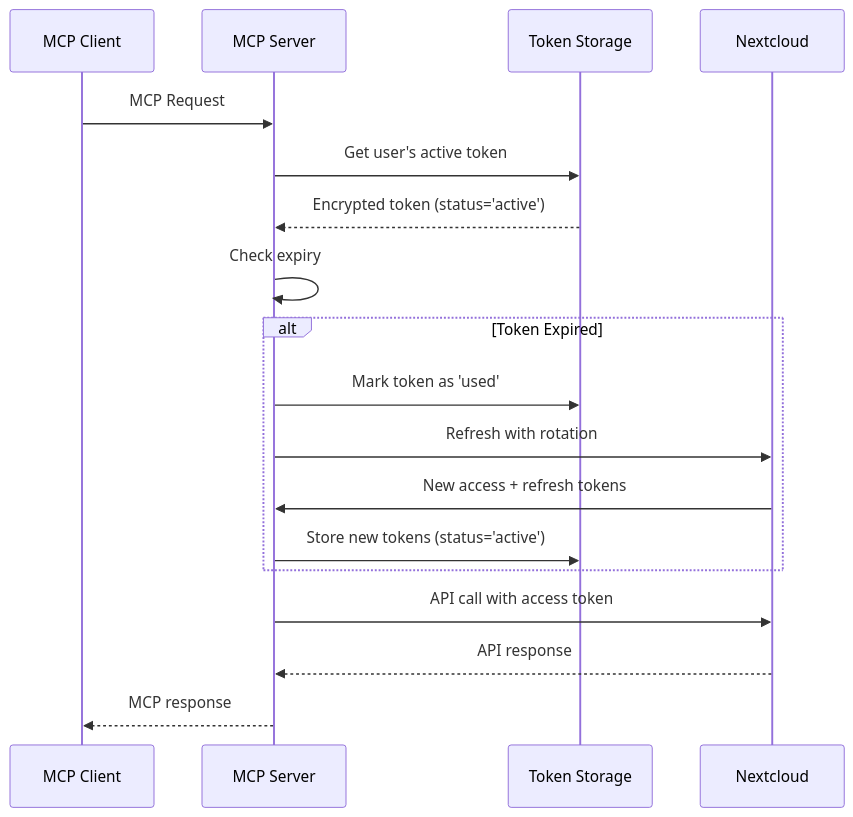
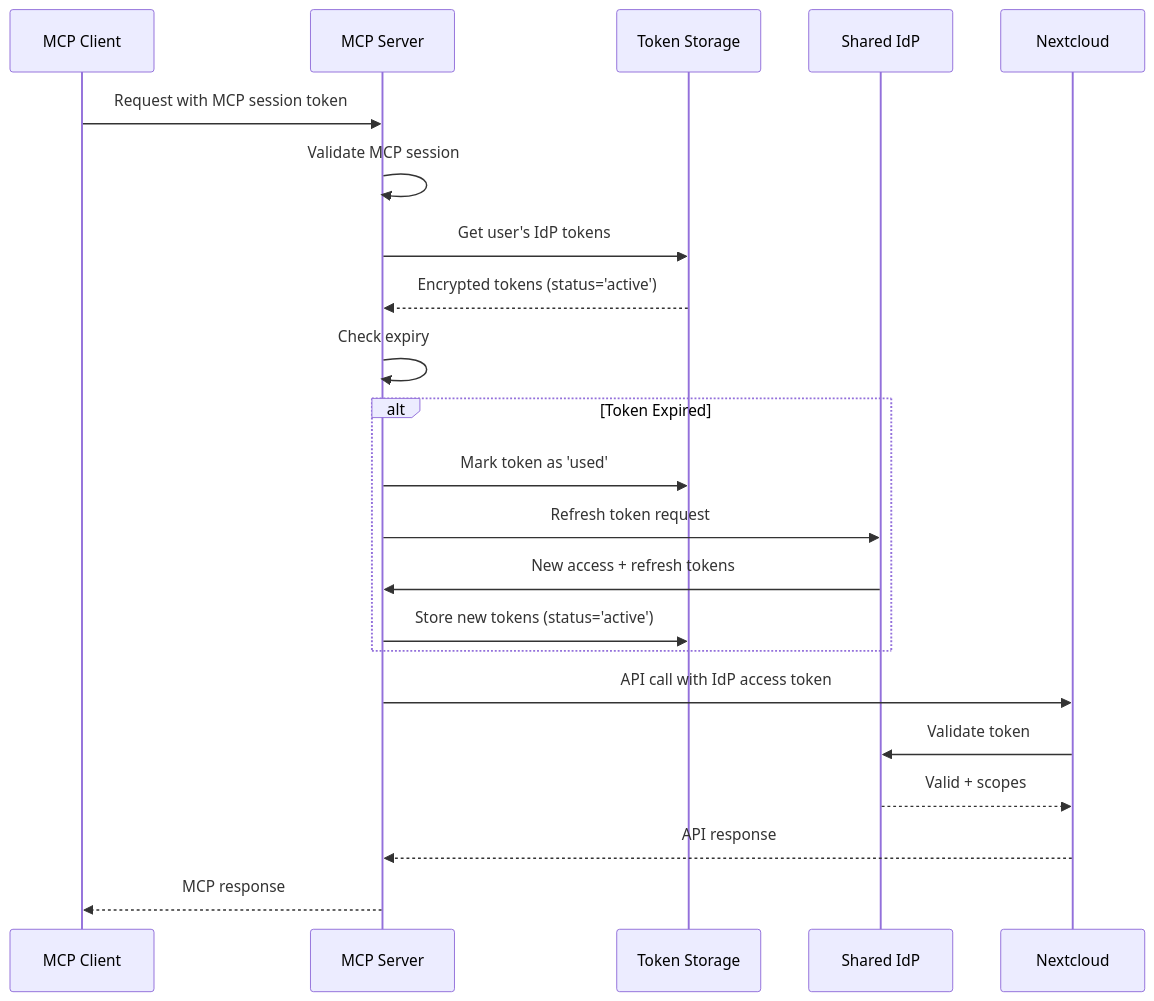
One commit to cbcoutinho/nextcloud-mcp-server changed the second of 3 diagrams in docs/ADR-004-mcp-application-oauth.md. Above: the diagram before and after it, drawn with Mermaid. The commit also changed other lines of this file and 1 other file, not shown here.

First line of the commit message:
docs: Rewrite ADR-004 for Federated Authentication Architecture

````diff
--- a/docs/ADR-004-mcp-application-oauth.md
+++ b/docs/ADR-004-mcp-application-oauth.md
@@ -98,23 +124,27 @@
 ```mermaid
 sequenceDiagram
     participant MCPClient as MCP Client
     participant MCPServer as MCP Server
     participant TokenStore as Token Storage
+    participant IdP as Shared IdP
     participant Nextcloud
 
-    MCPClient->>MCPServer: MCP Request
-    MCPServer->>TokenStore: Get user's active token
-    TokenStore-->>MCPServer: Encrypted token (status='active')
+    MCPClient->>MCPServer: Request with MCP session token
+    MCPServer->>MCPServer: Validate MCP session
+    MCPServer->>TokenStore: Get user's IdP tokens
+    TokenStore-->>MCPServer: Encrypted tokens (status='active')
     MCPServer->>MCPServer: Check expiry
 
     alt Token Expired
         MCPServer->>TokenStore: Mark token as 'used'
-        MCPServer->>Nextcloud: Refresh with rotation
-        Nextcloud->>MCPServer: New access + refresh tokens
+        MCPServer->>IdP: Refresh token request
+        IdP->>MCPServer: New access + refresh tokens
         MCPServer->>TokenStore: Store new tokens (status='active')
     end
 
-    MCPServer->>Nextcloud: API call with access token
+    MCPServer->>Nextcloud: API call with IdP access token
+    Nextcloud->>IdP: Validate token
+    IdP-->>Nextcloud: Valid + scopes
     Nextcloud-->>MCPServer: API response
     MCPServer-->>MCPClient: MCP response
 ```
````
